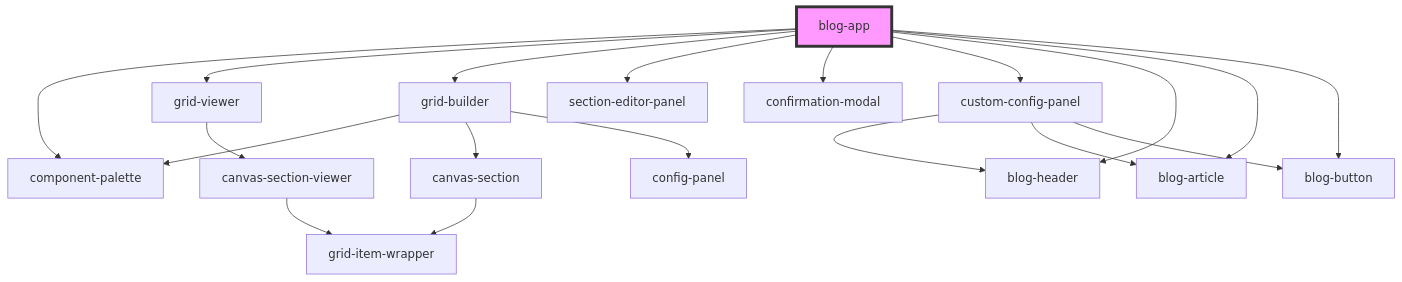
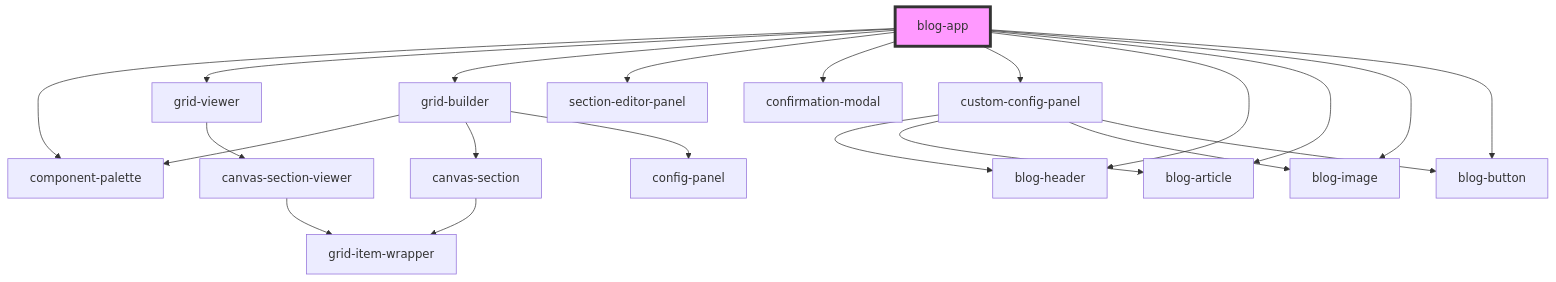
Before and after one commit to lucidworks/grid-builder-poc: the diagram in stencil-grid-builder/src/demo/components/blog-app/readme.md, drawn with Mermaid. The commit also changed other lines of this file and 3 other files, not shown here.

First line of the commit message:
Integrate blog-image into component definitions and demo

````diff
--- a/stencil-grid-builder/src/demo/components/blog-app/readme.md
+++ b/stencil-grid-builder/src/demo/components/blog-app/readme.md
@@ -31,22 +32,24 @@
 ```mermaid
 graph TD;
   blog-app --> component-palette
   blog-app --> grid-viewer
   blog-app --> grid-builder
   blog-app --> section-editor-panel
   blog-app --> confirmation-modal
   blog-app --> custom-config-panel
   blog-app --> blog-header
   blog-app --> blog-article
+  blog-app --> blog-image
   blog-app --> blog-button
   grid-viewer --> canvas-section-viewer
   canvas-section-viewer --> grid-item-wrapper
   grid-builder --> component-palette
   grid-builder --> canvas-section
   grid-builder --> config-panel
   canvas-section --> grid-item-wrapper
   custom-config-panel --> blog-header
   custom-config-panel --> blog-article
+  custom-config-panel --> blog-image
   custom-config-panel --> blog-button
   style blog-app fill:#f9f,stroke:#333,stroke-width:4px
 ```
````
